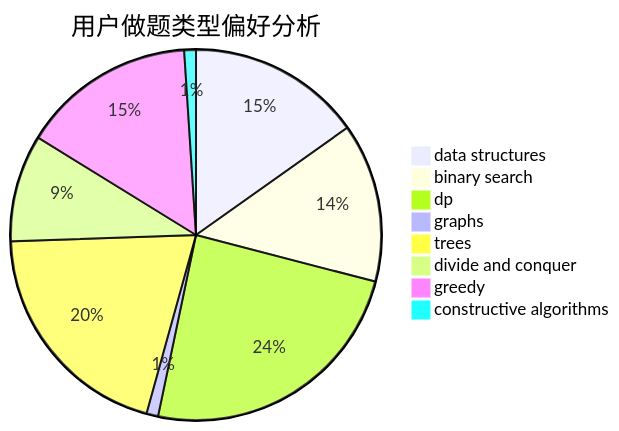
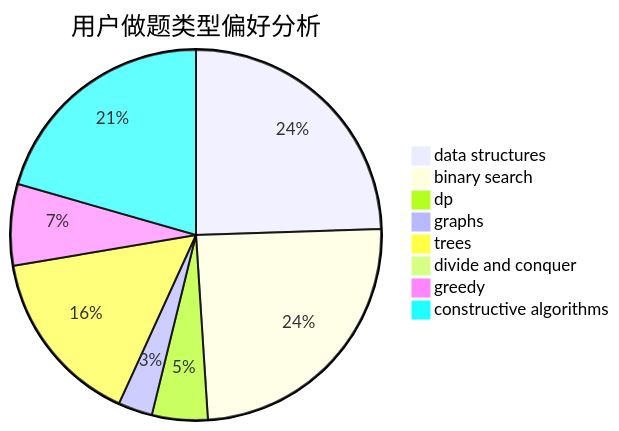
One commit to sherpahu/cfrs.github.io changed the second of 3 diagrams in docs/user/u1098.md. Above: the diagram before and after it, drawn with Mermaid. The commit also changed other lines of this file and 2770 other files, not shown here.

````diff
--- a/docs/user/u1098.md
+++ b/docs/user/u1098.md
@@ -23,11 +23,11 @@
 ```mermaid
 pie title 用户做题类型偏好分析
-    "data structures" :  104
-    "binary search" :  95
-    "dp" :  166
-    "graphs" :  7
-    "trees" :  138
-    "divide and conquer" :  64
-    "greedy" :  104
-    "constructive algorithms" :  7
+    "data structures" :  131
+    "binary search" :  131
+    "dp" :  26
+    "graphs" :  16
+    "trees" :  83
+    "divide and conquer" :  0
+    "greedy" :  38
+    "constructive algorithms" :  110
 ```
````
